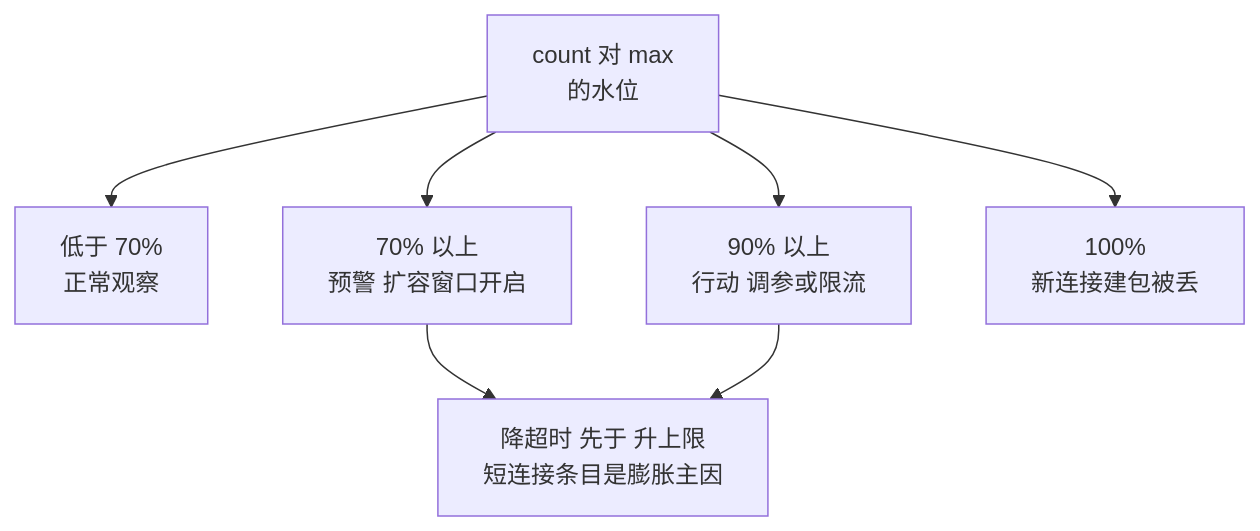
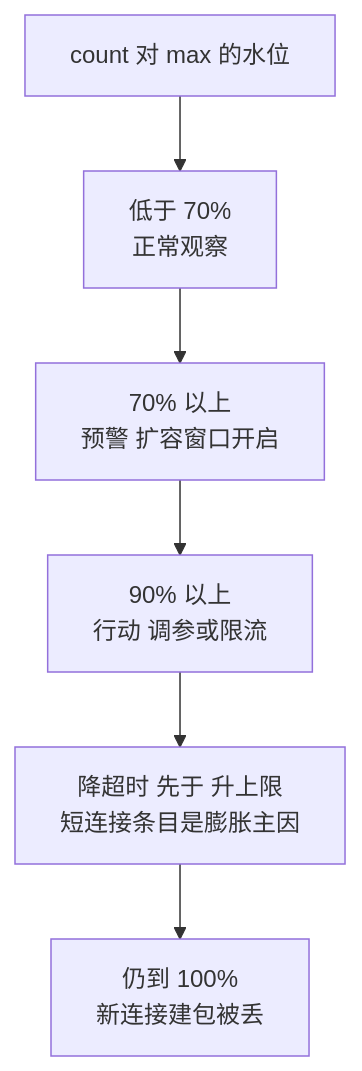
Before and after one commit to hub138/technical-knowledge: the second of 3 diagrams in vault/工程知识/性能工程：从用户等待到资源瓶颈/存储与网络/conntrack表满不丢连接的判定：计数、桶与协议差异.md, drawn with Mermaid. The commit also changed other lines of this file and 622 other files, not shown here.

````diff
--- a/vault/工程知识/性能工程：从用户等待到资源瓶颈/存储与网络/conntrack表满不丢连接的判定：计数、桶与协议差异.md
+++ b/vault/工程知识/性能工程：从用户等待到资源瓶颈/存储与网络/conntrack表满不丢连接的判定：计数、桶与协议差异.md
@@ -35,9 +66,8 @@
 ```mermaid
 flowchart TB
-    a["count 对 max<br/>的水位"] --> b1["低于 70%<br/>正常观察"]
-    a --> b2["70% 以上<br/>预警 扩容窗口开启"]
-    a --> b3["90% 以上<br/>行动 调参或限流"]
-    a --> b4["100%<br/>新连接建包被丢"]
-    b2 --> c["降超时 先于 升上限<br/>短连接条目是膨胀主因"]
-    b3 --> c
+    a["count 对 max 的水位"] --> b1["低于 70%<br/>正常观察"]
+    b1 --> b2["70% 以上<br/>预警 扩容窗口开启"]
+    b2 --> b3["90% 以上<br/>行动 调参或限流"]
+    b3 --> c["降超时 先于 升上限<br/>短连接条目是膨胀主因"]
+    c --> b4["仍到 100%<br/>新连接建包被丢"]
 ```
````
